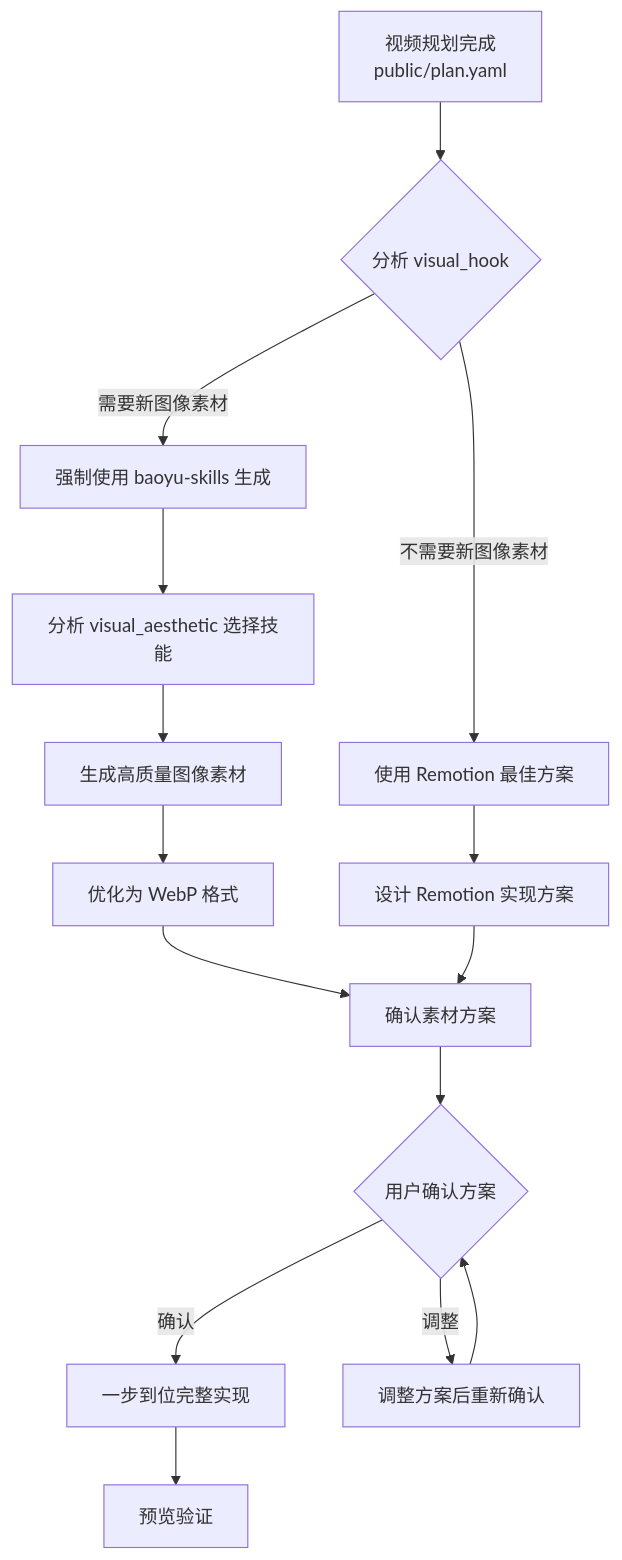
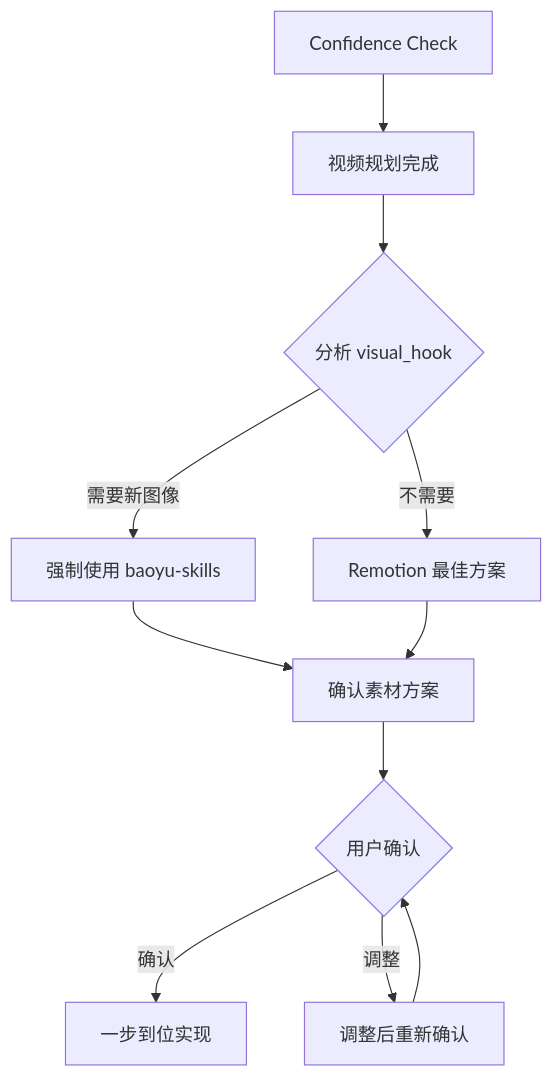
Before and after one commit to smartdddlab/remotion-template: the diagram in AGENTS.md, drawn with Mermaid. The commit also changed other lines of this file and 24 other files, not shown here.

````diff
--- a/AGENTS.md
+++ b/AGENTS.md
@@ -97,22 +35,13 @@
 ```mermaid
 graph TD
-    A[视频规划完成<br/>public/plan.yaml] --> B{分析 visual_hook}
-    
-    B -->|需要新图像素材| C[强制使用 baoyu-skills 生成]
-    B -->|不需要新图像素材| D[使用 Remotion 最佳方案]
-    
-    C --> C1[分析 visual_aesthetic 选择技能]
-    C1 --> C2[生成高质量图像素材]
-    C2 --> C3[优化为 WebP 格式]
-    C3 --> E[确认素材方案]
-    
-    D --> F[设计 Remotion 实现方案]
-    F --> E
-    
-    E --> G{用户确认方案}
-    G -->|确认| H[一步到位完整实现]
-    H --> I[预览验证]
-    
-    G -->|调整| J[调整方案后重新确认]
-    J --> G
+0[Confidence Check] --> A
+A[视频规划完成] --> B{分析 visual_hook}
+B -->|需要新图像| C[强制使用 baoyu-skills]
+B -->|不需要| D[Remotion 最佳方案]
+C --> E[确认素材方案]
+D --> E
+E --> F{用户确认}
+F -->|确认| G[一步到位实现]
+F -->|调整| H[调整后重新确认]
+H --> F
 ```
````
